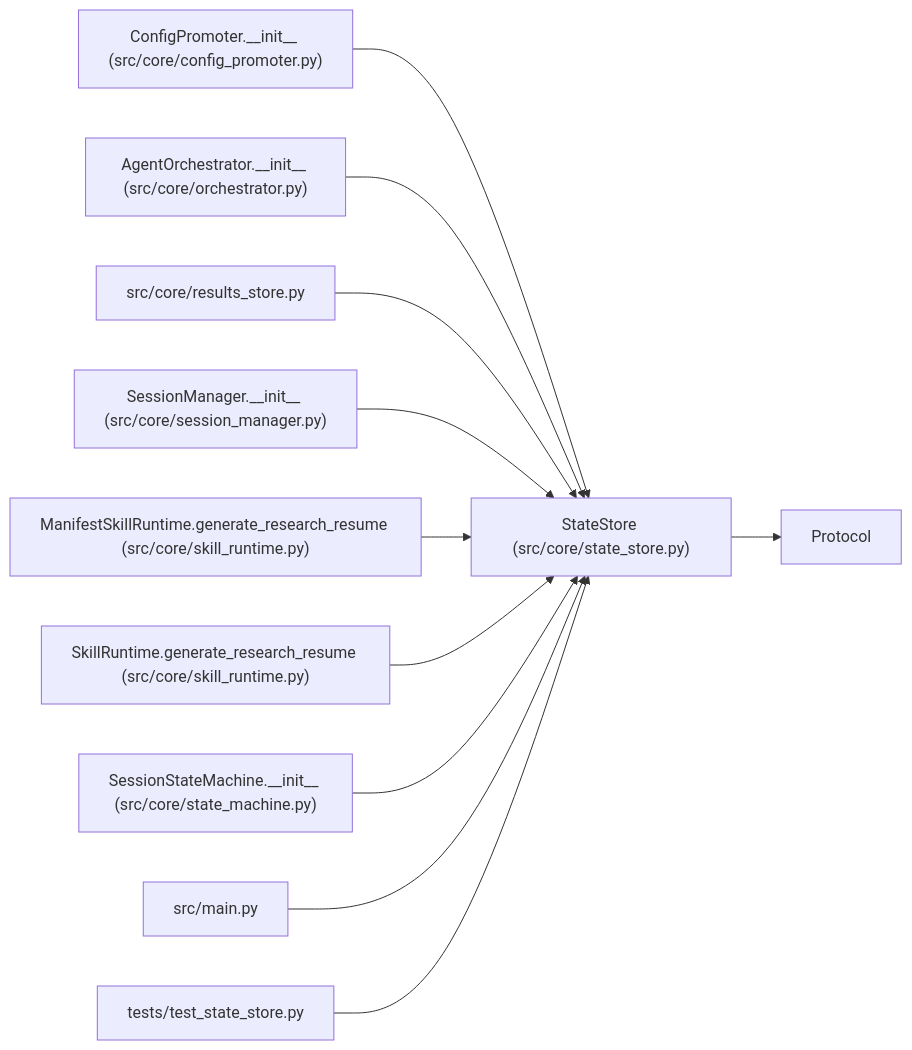
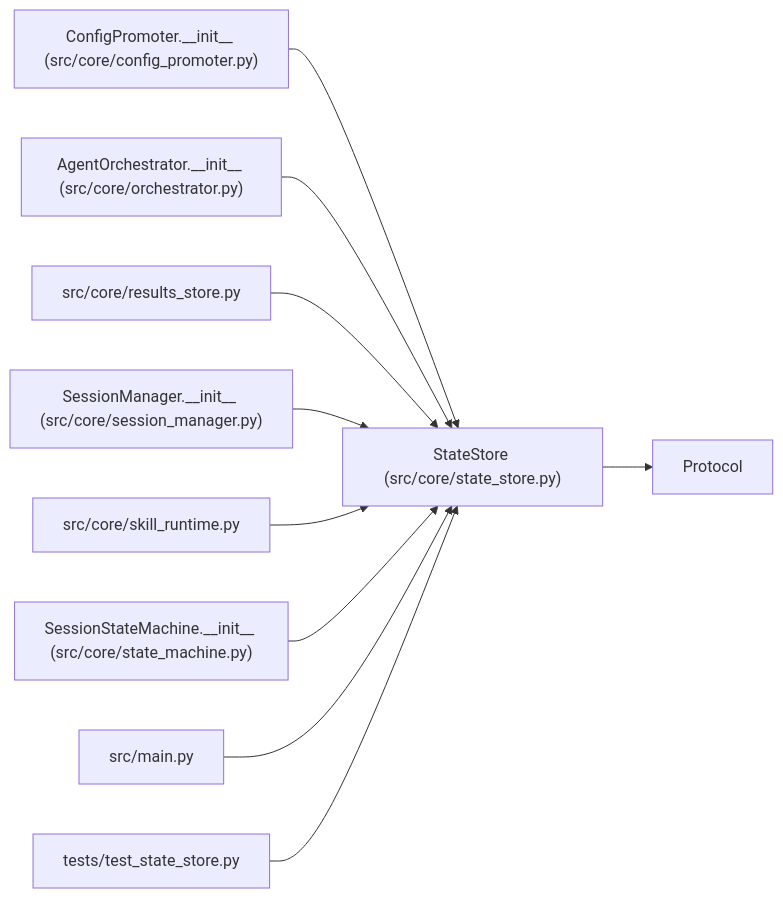
One commit to Denissvgn/autoresearch-agent changed the diagram in docs/llm_wiki/entities/StateStore.md. Above: the diagram before and after it, drawn with Mermaid. The commit also changed other lines of this file and 1033 other files, not shown here.

````diff
--- a/docs/llm_wiki/entities/StateStore.md
+++ b/docs/llm_wiki/entities/StateStore.md
@@ -87,34 +110,31 @@
 ```mermaid
 flowchart LR
     n0["StateStore (src/core/state_store.py)"]
     n1["Protocol"]
     n2["ConfigPromoter.__init__ (src/core/config_promoter.py)"]
     n3["AgentOrchestrator.__init__ (src/core/orchestrator.py)"]
     n4["src/core/results_store.py"]
     n5["SessionManager.__init__ (src/core/session_manager.py)"]
-    n6["ManifestSkillRuntime.generate_research_resume (src/core/skill_runtime.py)"]
-    n7["SkillRuntime.generate_research_resume (src/core/skill_runtime.py)"]
-    n8["SessionStateMachine.__init__ (src/core/state_machine.py)"]
-    n9["src/main.py"]
-    n10["tests/test_state_store.py"]
+    n6["src/core/skill_runtime.py"]
+    n7["SessionStateMachine.__init__ (src/core/state_machine.py)"]
+    n8["src/main.py"]
+    n9["tests/test_state_store.py"]
     n0 --> n1
     n2 --> n0
     n3 --> n0
     n4 --> n0
     n5 --> n0
     n6 --> n0
     n7 --> n0
     n8 --> n0
     n9 --> n0
-    n10 --> n0
     click n0 "../modules/state_store.md"
     click n2 "../modules/config_promoter.md"
     click n3 "../modules/orchestrator.md"
     click n4 "../modules/results_store.md"
     click n5 "../modules/session_manager.md"
     click n6 "../modules/skill_runtime.md"
-    click n7 "../modules/skill_runtime.md"
-    click n8 "../modules/state_machine.md"
-    click n9 "../modules/src_main.md"
-    click n10 "../modules/test_state_store.md"
+    click n7 "../modules/state_machine.md"
+    click n8 "../modules/src_main.md"
+    click n9 "../modules/test_state_store.md"
 ```
````
